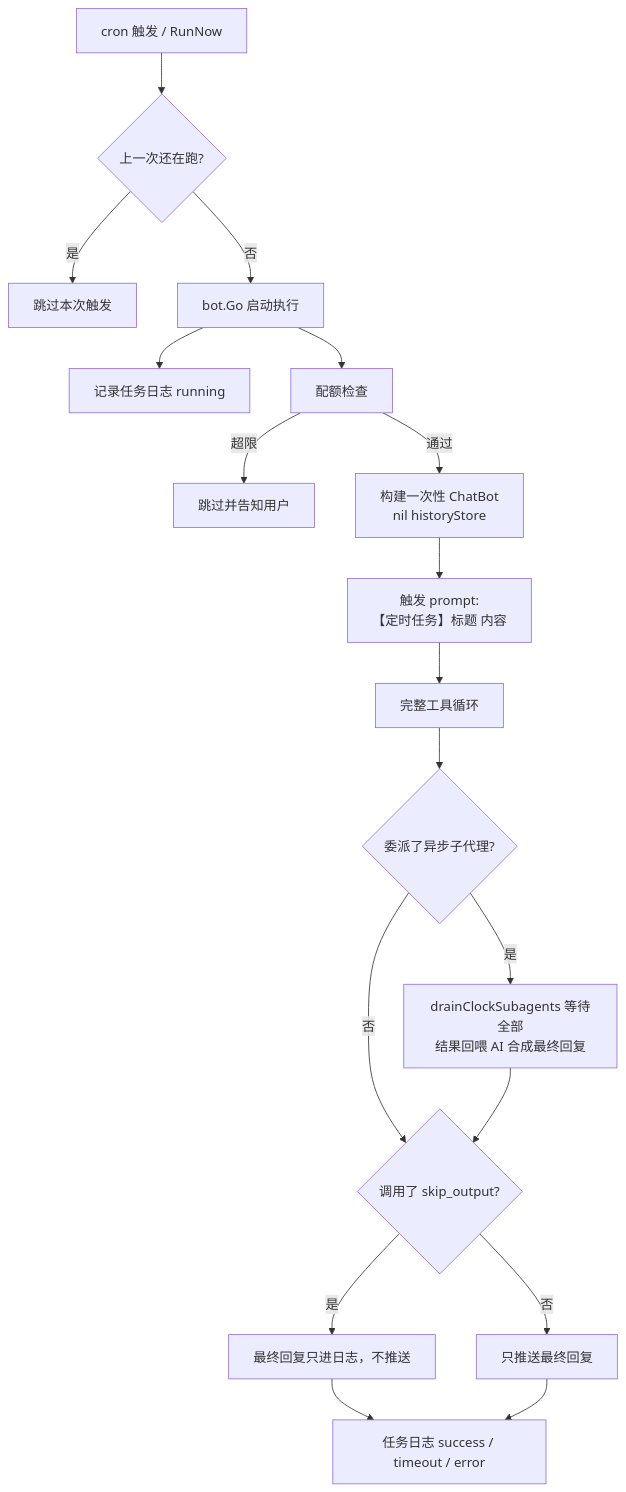
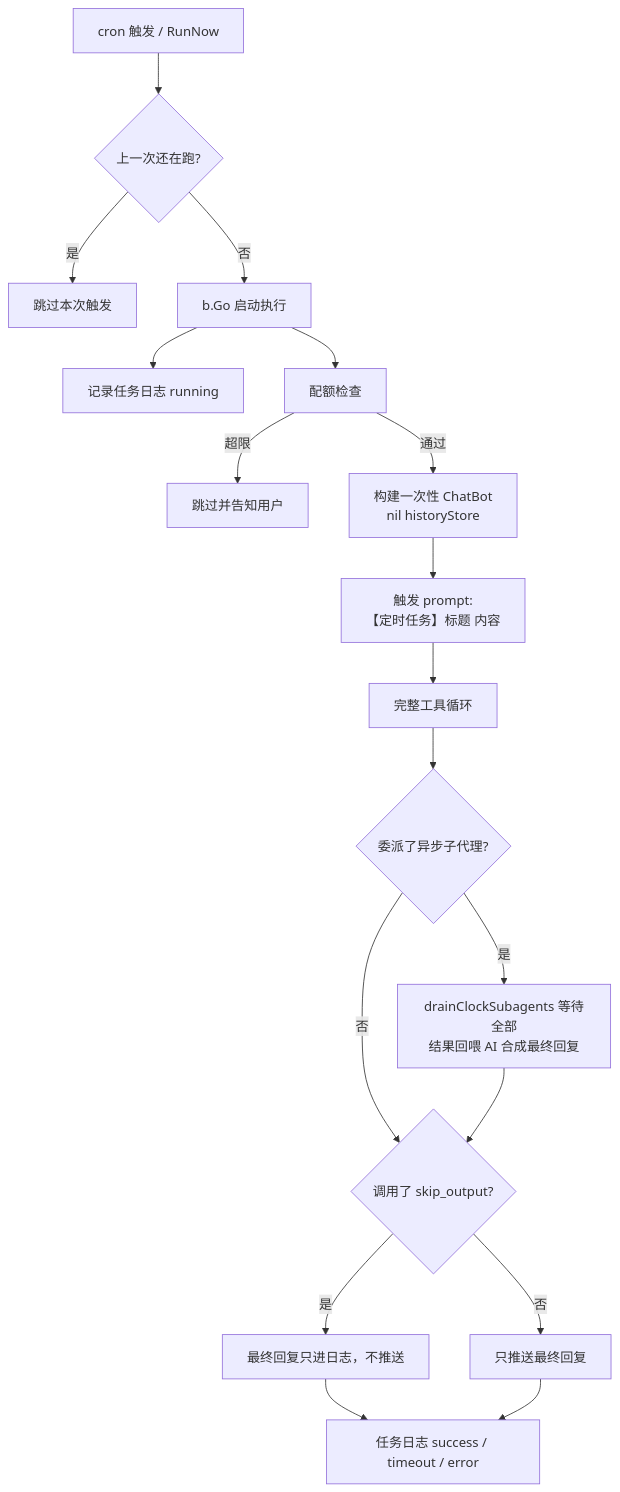
The second of 2 diagrams in docs/internals/agent-tools.md (AniaBot-Project/AniaBot), drawn with Mermaid before and after one commit. The commit also changed other lines of this file and 31 other files, not shown here.

````diff
--- a/docs/internals/agent-tools.md
+++ b/docs/internals/agent-tools.md
@@ -146,20 +146,20 @@
 ```mermaid
 flowchart TB
     A[cron 触发 / RunNow] --> B{上一次还在跑?}
     B -->|是| C[跳过本次触发]
-    B -->|否| D[bot.Go 启动执行]
+    B -->|否| D[b.Go 启动执行]
     D --> E[记录任务日志 running]
     D --> F[配额检查]
     F -->|超限| G[跳过并告知用户]
     F -->|通过| H[构建一次性 ChatBot<br/>nil historyStore]
     H --> I[触发 prompt:<br/>【定时任务】标题 内容]
     I --> J[完整工具循环]
     J --> K{委派了异步子代理?}
     K -->|是| L[drainClockSubagents 等待全部<br/>结果回喂 AI 合成最终回复]
     K -->|否| M{调用了 skip_output?}
     L --> M
     M -->|是| N[最终回复只进日志，不推送]
     M -->|否| O[只推送最终回复]
     N --> P[任务日志 success / timeout / error]
     O --> P
 ```
````
